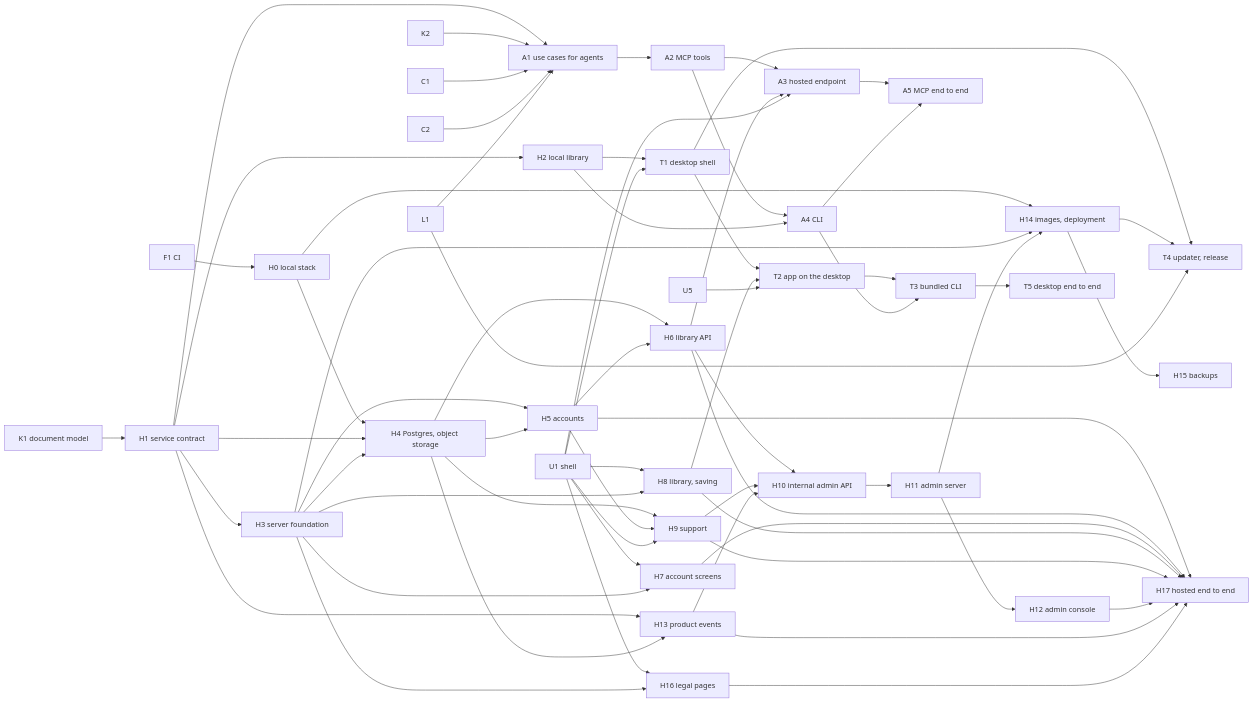
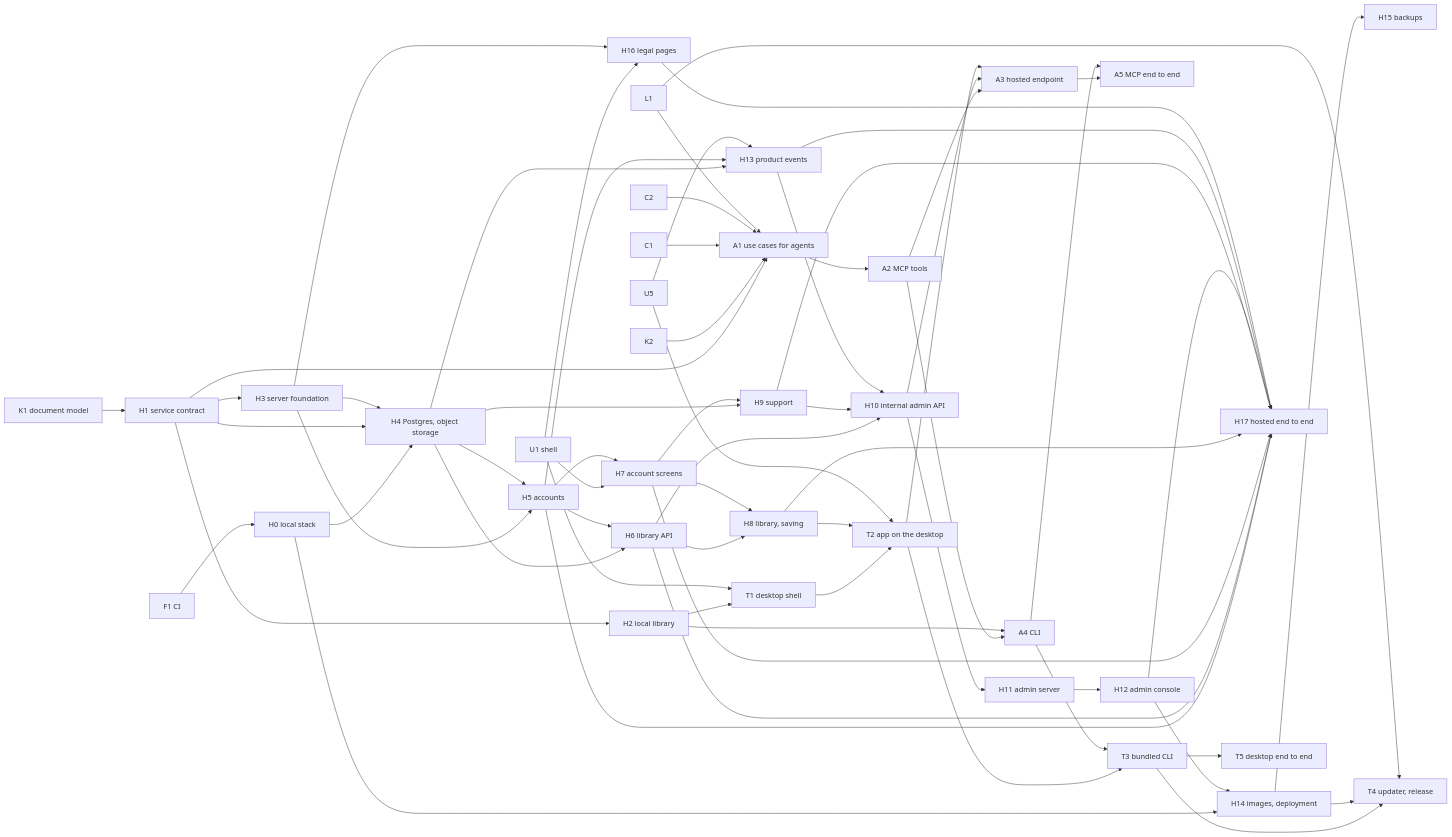
Before and after one commit to LINDECKER-Charles/app-life-pixel: the second of 2 diagrams in docs/implementation-plan.md, drawn with Mermaid. The commit also changed other lines of this file and 18 other files, not shown here.

````diff
--- a/docs/implementation-plan.md
+++ b/docs/implementation-plan.md
@@ -139,25 +156,27 @@
 ```mermaid
 flowchart LR
   F1[F1 CI] --> H0[H0 local stack]
   K1[K1 document model] --> H1[H1 service contract]
   U1[U1 shell]
   H1 --> H2[H2 local library] & H3[H3 server foundation]
   H0 & H1 & H3 --> H4[H4 Postgres, object storage]
   H3 & H4 --> H5[H5 accounts]
-  H1 & H4 --> H13[H13 product events]
+  H4 & H5 & U5 --> H13[H13 product events]
   H4 & H5 --> H6[H6 library API]
-  H4 & H5 & U1 --> H9[H9 support]
-  U1 & H3 --> H7[H7 account screens] & H8[H8 library, saving] & H16[H16 legal pages]
+  U1 & H5 --> H7[H7 account screens]
+  H6 & H7 --> H8[H8 library, saving]
+  H4 & H7 --> H9[H9 support]
+  U1 & H3 --> H16[H16 legal pages]
   H6 & H9 & H13 --> H10[H10 internal admin API] --> H11[H11 admin server]
   H11 --> H12[H12 admin console]
-  H0 & H3 & H11 --> H14[H14 images, deployment] --> H15[H15 backups]
+  H0 & H12 --> H14[H14 images, deployment] --> H15[H15 backups]
   H5 & H6 & H7 & H8 & H9 & H12 & H13 & H16 --> H17[H17 hosted end to end]
   H1 & K2 & C1 & C2 & L1 --> A1[A1 use cases for agents] --> A2[A2 MCP tools]
-  A2 & H6 & U1 --> A3[A3 hosted endpoint]
   A2 & H2 --> A4[A4 CLI]
-  A3 & A4 --> A5[A5 MCP end to end]
   H2 & U1 --> T1[T1 desktop shell] --> T2[T2 app on the desktop]
   H8 & U5 --> T2
+  A2 & H10 & T2 --> A3[A3 hosted endpoint]
+  A3 & A4 --> A5[A5 MCP end to end]
   T2 & A4 --> T3[T3 bundled CLI] --> T5[T5 desktop end to end]
-  T1 & H14 & L1 --> T4[T4 updater, release]
+  T3 & H14 & L1 --> T4[T4 updater, release]
 ```
````
